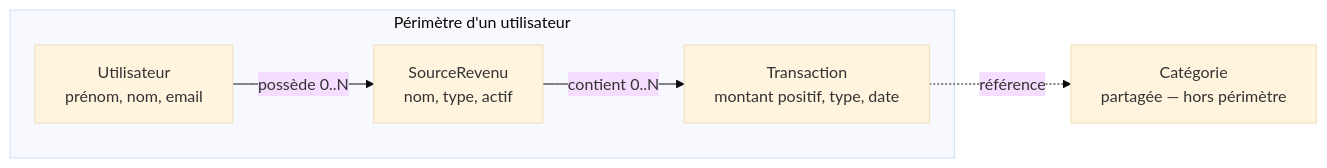
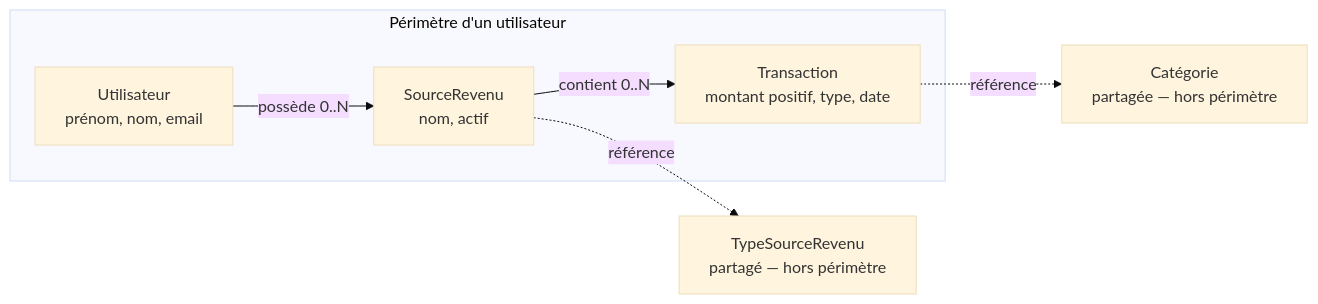
Before and after one commit to ManzaraG/Bulget.API.Net8: the second of 2 diagrams in README.md, drawn with Mermaid (base theme). The commit also changed other lines of this file and 43 other files, not shown here.

Commit message:
feat(sources-revenu): types de source de revenu en catalogue configurable + pagination des listes

````diff
--- a/README.md
+++ b/README.md
@@ -98,8 +98,9 @@
 ```mermaid
 flowchart LR
     subgraph Perimetre["Périmètre d'un utilisateur"]
-        U["Utilisateur<br/>prénom, nom, email"] -->|"possède 0..N"| C["SourceRevenu<br/>nom, type, actif"]
+        U["Utilisateur<br/>prénom, nom, email"] -->|"possède 0..N"| C["SourceRevenu<br/>nom, actif"]
         C -->|"contient 0..N"| T["Transaction<br/>montant positif, type, date"]
     end
+    C -.->|référence| Typ["TypeSourceRevenu<br/>partagé — hors périmètre"]
     T -.->|référence| Cat["Catégorie<br/>partagée — hors périmètre"]
 ```
````
